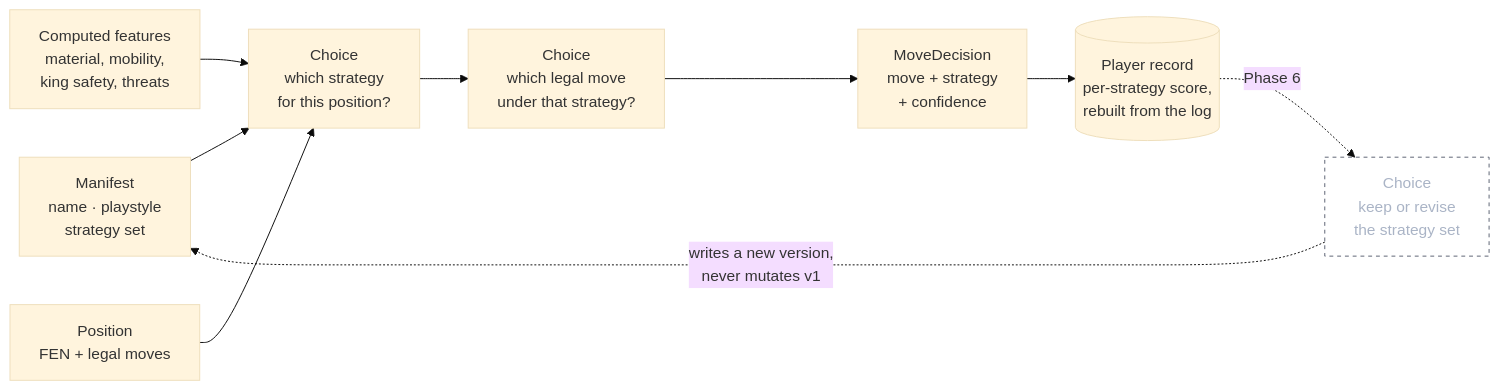
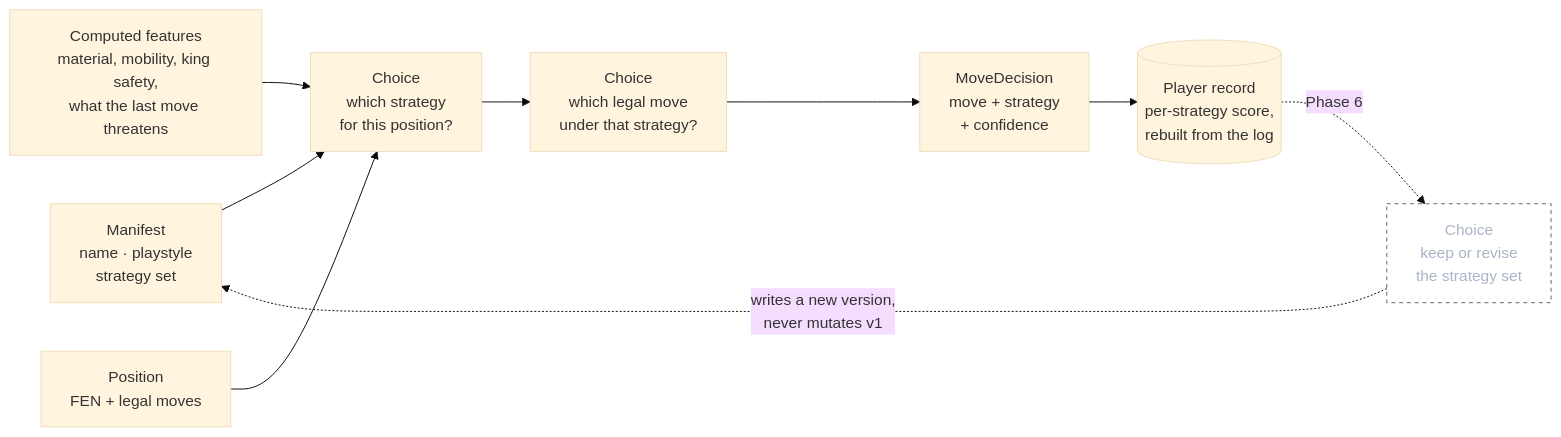
One commit to OriginalByteMe/system-one-chess-arena changed the second of 3 diagrams in PLAN.md. Above: the diagram before and after it, drawn with Mermaid (base theme). The commit also changed other lines of this file and 80 other files, not shown here.

````diff
--- a/PLAN.md
+++ b/PLAN.md
@@ -92,13 +161,13 @@
 ```mermaid
 flowchart LR
   M["Manifest<br/>name · playstyle<br/>strategy set"] --> Q1
-  F["Computed features<br/>material, mobility,<br/>king safety, threats"] --> Q1
+  F["Computed features<br/>material, mobility, king safety,<br/>what the last move threatens"] --> Q1
   P["Position<br/>FEN + legal moves"] --> Q1
   Q1["Choice<br/>which strategy<br/>for this position?"] --> Q2["Choice<br/>which legal move<br/>under that strategy?"]
   Q2 --> D["MoveDecision<br/>move + strategy<br/>+ confidence"]
   D --> H[("Player record<br/>per-strategy score,<br/>rebuilt from the log")]
   H -.->|"Phase 6"| Q0["Choice<br/>keep or revise<br/>the strategy set"]
   Q0 -.->|"writes a new version,<br/>never mutates v1"| M
   classDef later fill:none,stroke:#5c6373,stroke-dasharray:4 4,color:#aab4c6
   class Q0 later
 ```
````
